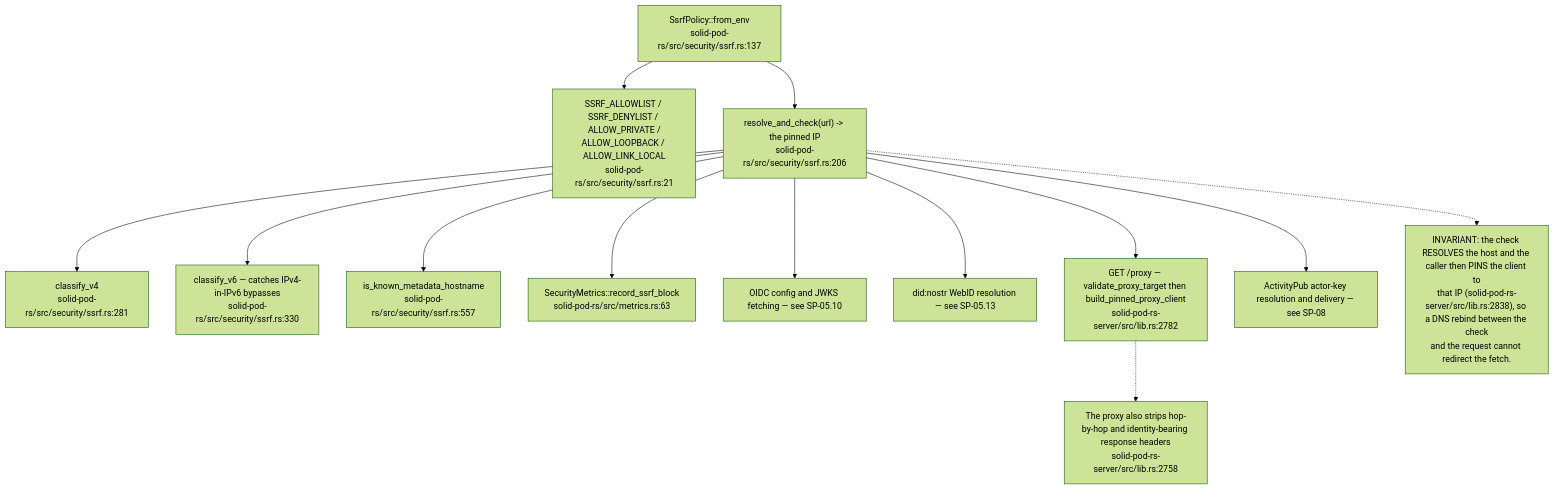
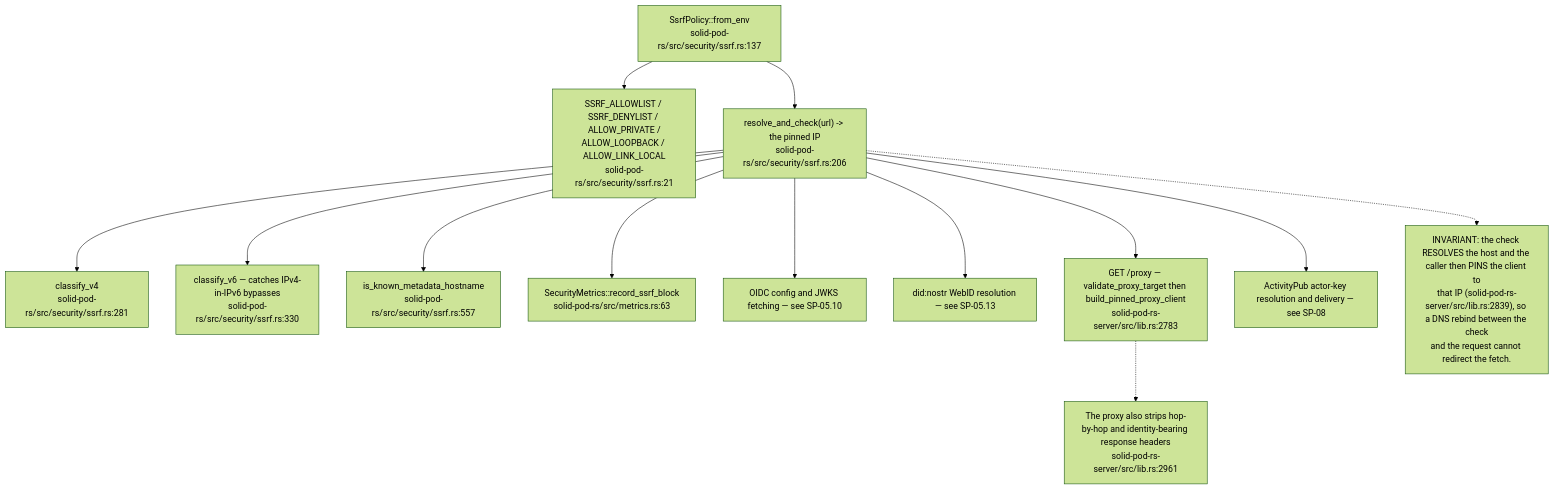
One commit to DreamLab-AI/VisionFlow changed the eighth of 11 diagrams in docs/diagrams/solid-pod-rs/06-storage-quota-and-git-pods.md. Above: the diagram before and after it, drawn with Mermaid (forest theme). The commit also changed other lines of this file and 111 other files, not shown here.

Commit message:
docs(diagrams): align estate maps with current source

````diff
--- a/docs/diagrams/solid-pod-rs/06-storage-quota-and-git-pods.md
+++ b/docs/diagrams/solid-pod-rs/06-storage-quota-and-git-pods.md
@@ -205,29 +205,29 @@
 ```mermaid
 flowchart TD
     P["SsrfPolicy::from_env<br/>solid-pod-rs/src/security/ssrf.rs:137"]
     ENV["SSRF_ALLOWLIST / SSRF_DENYLIST / ALLOW_PRIVATE /<br/>ALLOW_LOOPBACK / ALLOW_LINK_LOCAL<br/>solid-pod-rs/src/security/ssrf.rs:21"]
     RC["resolve_and_check(url) -> the pinned IP<br/>solid-pod-rs/src/security/ssrf.rs:206"]
     C4["classify_v4<br/>solid-pod-rs/src/security/ssrf.rs:281"]
     C6["classify_v6 — catches IPv4-in-IPv6 bypasses<br/>solid-pod-rs/src/security/ssrf.rs:330"]
     META["is_known_metadata_hostname<br/>solid-pod-rs/src/security/ssrf.rs:557"]
     M["SecurityMetrics::record_ssrf_block<br/>solid-pod-rs/src/metrics.rs:63"]
     USE1["OIDC config and JWKS fetching — see SP-05.10"]
     USE2["did:nostr WebID resolution — see SP-05.13"]
-    USE3["GET /proxy — validate_proxy_target then build_pinned_proxy_client<br/>solid-pod-rs-server/src/lib.rs:2782"]
+    USE3["GET /proxy — validate_proxy_target then build_pinned_proxy_client<br/>solid-pod-rs-server/src/lib.rs:2783"]
     USE4["ActivityPub actor-key resolution and delivery — see SP-08"]
 
     P --> ENV
     P --> RC --> C4
     RC --> C6
     RC --> META
     RC --> M
     RC --> USE1
     RC --> USE2
     RC --> USE3
     RC --> USE4
 
-    N["INVARIANT: the check RESOLVES the host and the caller then PINS the client to<br/>that IP (solid-pod-rs-server/src/lib.rs:2838), so a DNS rebind between the check<br/>and the request cannot redirect the fetch."]
+    N["INVARIANT: the check RESOLVES the host and the caller then PINS the client to<br/>that IP (solid-pod-rs-server/src/lib.rs:2839), so a DNS rebind between the check<br/>and the request cannot redirect the fetch."]
     RC -.-> N
-    N2["The proxy also strips hop-by-hop and identity-bearing response headers<br/>solid-pod-rs-server/src/lib.rs:2758"]
+    N2["The proxy also strips hop-by-hop and identity-bearing response headers<br/>solid-pod-rs-server/src/lib.rs:2961"]
     USE3 -.-> N2
 ```
````
